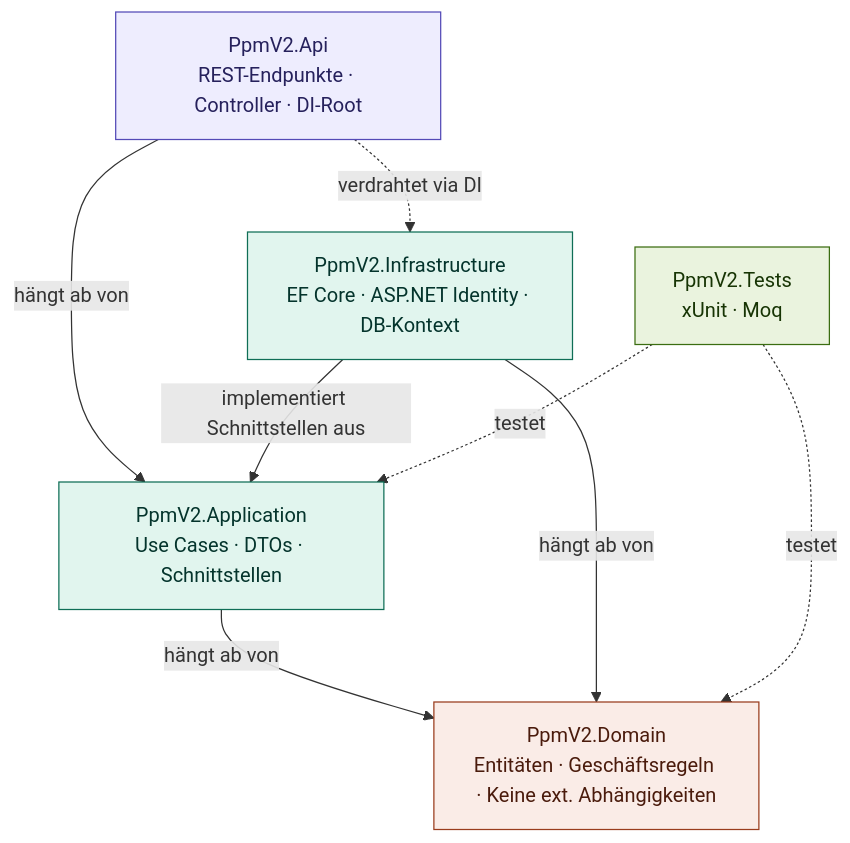
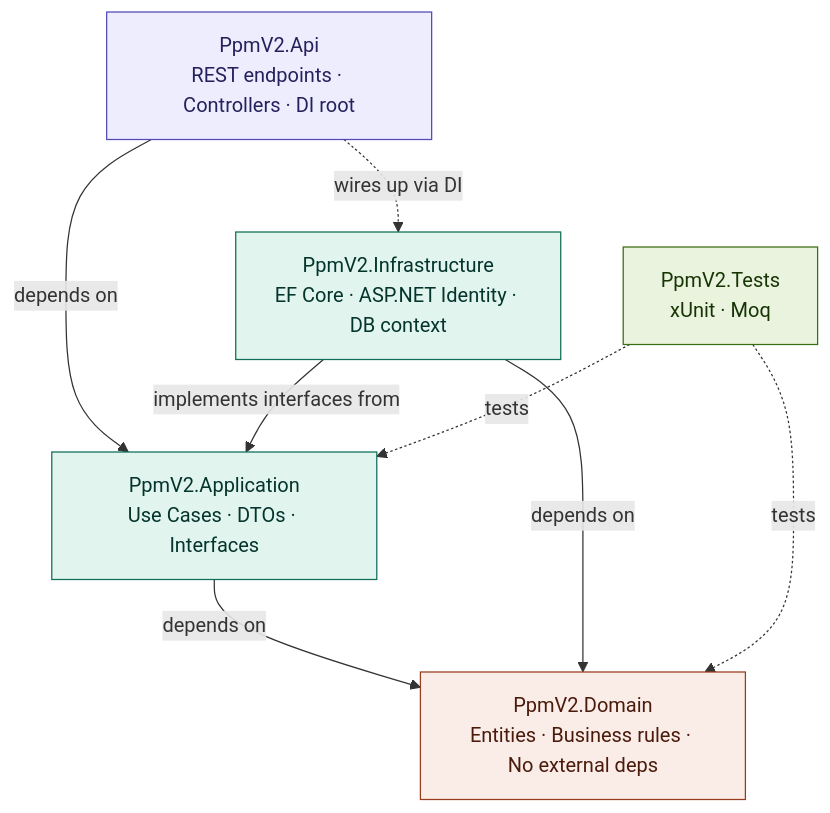
One commit to djzh23/PpmV2 changed the first of 2 diagrams in README.md. Above: the diagram before and after it, drawn with Mermaid. The commit also changed other lines of this file and 5 other files, not shown here.

````diff
--- a/README.md
+++ b/README.md
@@ -37,22 +31,23 @@
 ```mermaid
 graph TD
-    API["PpmV2.Api\nREST-Endpunkte · Controller · DI-Root"]
-    APP["PpmV2.Application\nUse Cases · DTOs · Schnittstellen"]
-    INFRA["PpmV2.Infrastructure\nEF Core · ASP.NET Identity · DB-Kontext"]
-    DOMAIN["PpmV2.Domain\nEntitäten · Geschäftsregeln · Keine ext. Abhängigkeiten"]
+    API["PpmV2.Api\nREST endpoints · Controllers · DI root"]
+    APP["PpmV2.Application\nUse Cases · DTOs · Interfaces"]
+    INFRA["PpmV2.Infrastructure\nEF Core · ASP.NET Identity · DB context"]
+    DOMAIN["PpmV2.Domain\nEntities · Business rules · No external deps"]
     TESTS["PpmV2.Tests\nxUnit · Moq"]
 
-    API   -->|hängt ab von| APP
-    API   -.->|verdrahtet via DI| INFRA
-    APP   -->|hängt ab von| DOMAIN
-    INFRA -->|implementiert Schnittstellen aus| APP
-    INFRA -->|hängt ab von| DOMAIN
-    TESTS -.->|testet| APP
-    TESTS -.->|testet| DOMAIN
+    API   -->|depends on| APP
+    API   -.->|wires up via DI| INFRA
+    APP   -->|depends on| DOMAIN
+    INFRA -->|implements interfaces from| APP
+    INFRA -->|depends on| DOMAIN
+    TESTS -.->|tests| APP
+    TESTS -.->|tests| DOMAIN
 
     style API    fill:#EEEDFE,stroke:#534AB7,color:#26215C
     style APP    fill:#E1F5EE,stroke:#0F6E56,color:#04342C
     style INFRA  fill:#E1F5EE,stroke:#0F6E56,color:#04342C
     style DOMAIN fill:#FAECE7,stroke:#993C1D,color:#4A1B0C
     style TESTS  fill:#EAF3DE,stroke:#3B6D11,color:#173404
+
 ```
````
